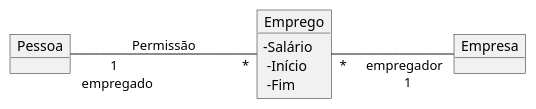
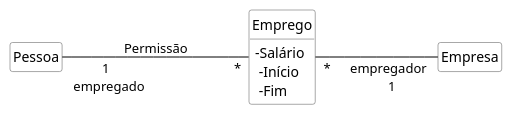
One commit to kyriosdata/oo changed the diagram in imagens/modelos-01/imagem-12/mod01ima12.plantuml. Above: the diagram before and after it, drawn with PlantUML. The commit also changed 13 other files, not shown here.

```diff
--- a/imagens/modelos-01/imagem-12/mod01ima12.plantuml
+++ b/imagens/modelos-01/imagem-12/mod01ima12.plantuml
@@ -1,10 +1,19 @@
 @startuml mod01ima12
+hide circle
+hide methods
+hide empty members
+
+skinparam class {
+    BackgroundColor White
+    ArrowColor Black
+    BorderColor #505050
+}
 skinparam classAttributeIconSize 0
-object "Pessoa" as o1
-object "Emprego" as o2
-object "Empresa" as o3
+class "Pessoa" as o1
+class "Emprego" as o2
+class "Empresa" as o3
 o2 : -Salário \n -Início \n -Fim
 left to right direction
 o1"1 \n empregado" --- "*"o2: Permissão
 o2"*" --- "empregador \n 1"o3
 @enduml
```
